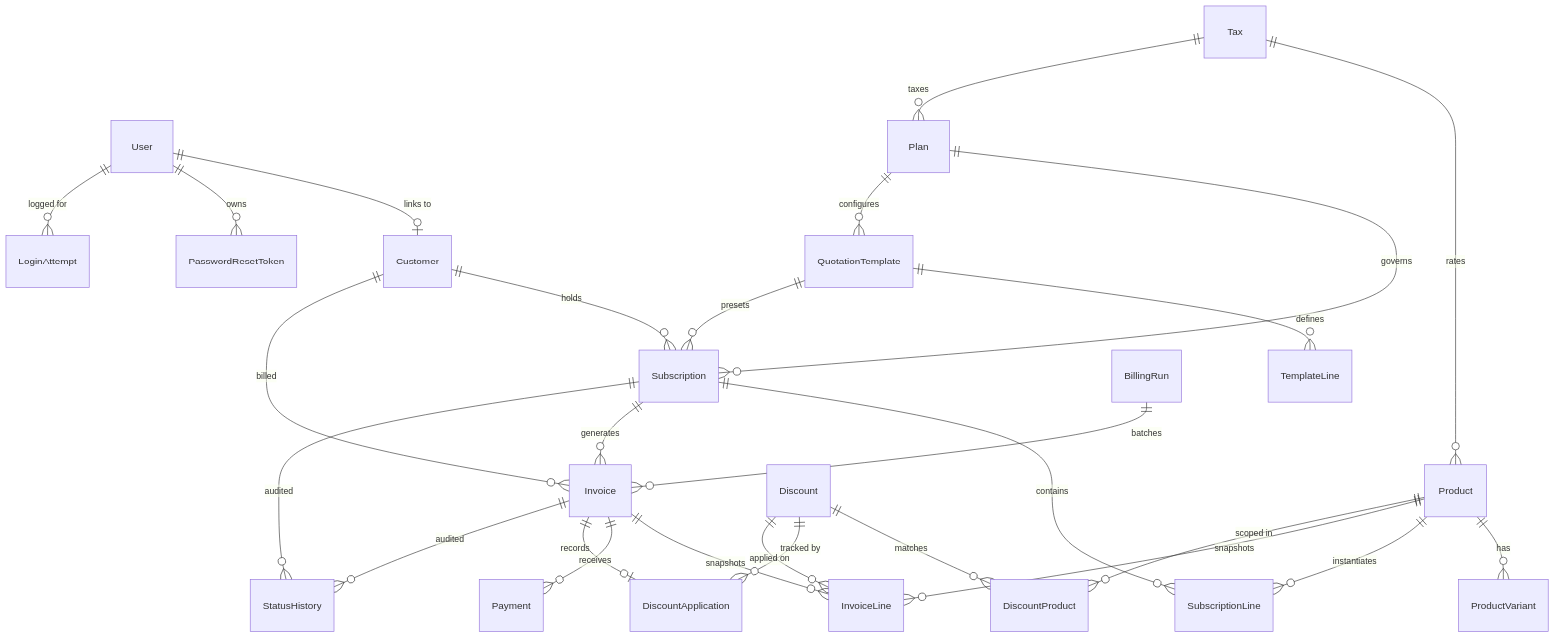
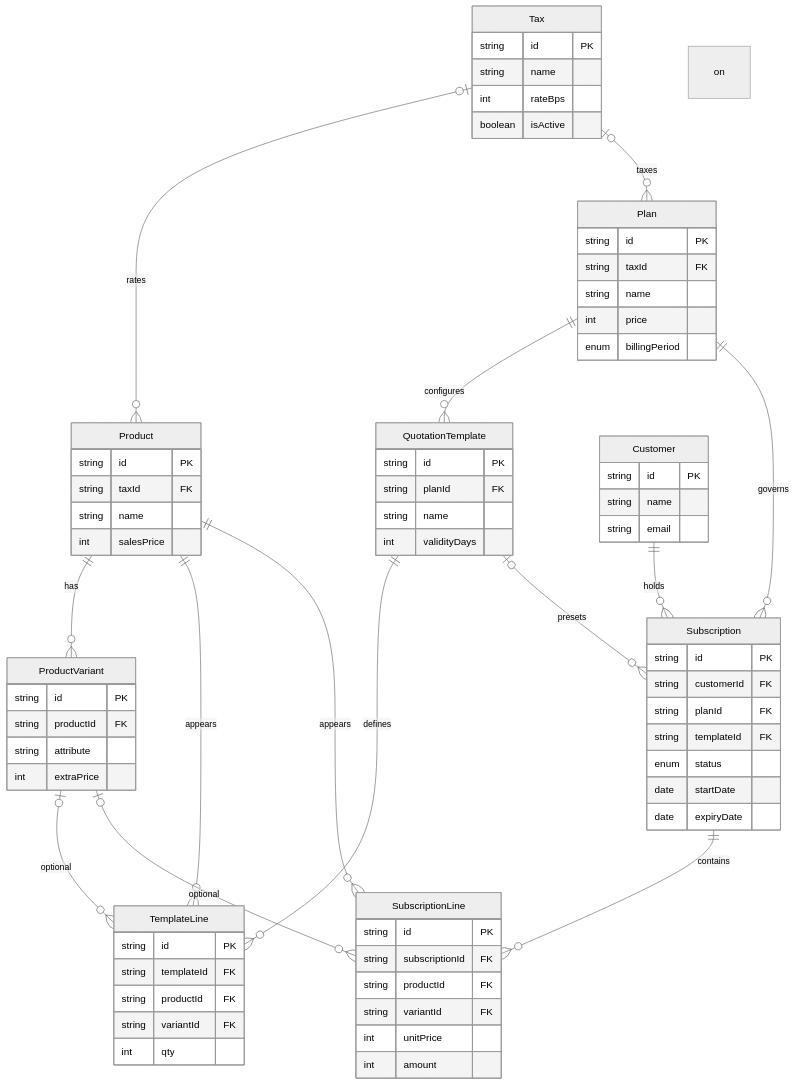
The third of 7 diagrams in README.md (pughal-36/Brightloop), drawn with Mermaid before and after one commit. The commit also changed other lines of this file, not shown here.

Commit message:
docs: rebuild architecture, ER and state diagrams for readability and accuracy

````diff
--- a/README.md
+++ b/README.md
@@ -132,37 +160,78 @@
 ```mermaid
+%%{init: {"theme": "neutral"}}%%
 erDiagram
-    User ||--o| Customer : "links to"
-    User ||--o{ PasswordResetToken : "owns"
-    User ||--o{ LoginAttempt : "logged for"
-    Customer ||--o{ Subscription : "holds"
-    Customer ||--o{ Invoice : "billed"
+    Tax |o--o{ Product : rates
+    Tax |o--o{ Plan : taxes
+    Product ||--o{ ProductVariant : has
+    Product ||--o{ TemplateLine : appears on
+    Product ||--o{ SubscriptionLine : appears on
+    ProductVariant |o--o{ TemplateLine : optional
+    ProductVariant |o--o{ SubscriptionLine : optional
+    Plan ||--o{ QuotationTemplate : configures
+    Plan ||--o{ Subscription : governs
+    QuotationTemplate ||--o{ TemplateLine : defines
+    QuotationTemplate |o--o{ Subscription : presets
+    Customer ||--o{ Subscription : holds
+    Subscription ||--o{ SubscriptionLine : contains
 
-    Tax ||--o{ Product : "rates"
-    Tax ||--o{ Plan : "taxes"
-
-    Product ||--o{ ProductVariant : "has"
-    Product ||--o{ SubscriptionLine : "instantiates"
-    Product ||--o{ InvoiceLine : "snapshots"
-    Product ||--o{ DiscountProduct : "scoped in"
-
-    Plan ||--o{ Subscription : "governs"
-    Plan ||--o{ QuotationTemplate : "configures"
-
-    QuotationTemplate ||--o{ TemplateLine : "defines"
-    QuotationTemplate ||--o{ Subscription : "presets"
-
-    Subscription ||--o{ SubscriptionLine : "contains"
-    Subscription ||--o{ Invoice : "generates"
-    Subscription ||--o{ StatusHistory : "audited"
-
-    Invoice ||--o{ InvoiceLine : "snapshots"
-    Invoice ||--o{ Payment : "receives"
-    Invoice ||--o| DiscountApplication : "records"
-    Invoice ||--o{ StatusHistory : "audited"
-
-    Discount ||--o{ DiscountProduct : "matches"
-    Discount ||--o{ DiscountApplication : "tracked by"
-    Discount ||--o{ InvoiceLine : "applied on"
-
-    BillingRun ||--o{ Invoice : "batches"
+    Tax {
+        string id PK
+        string name
+        int rateBps
+        boolean isActive
+    }
+    Product {
+        string id PK
+        string taxId FK
+        string name
+        int salesPrice
+    }
+    ProductVariant {
+        string id PK
+        string productId FK
+        string attribute
+        int extraPrice
+    }
+    Plan {
+        string id PK
+        string taxId FK
+        string name
+        int price
+        enum billingPeriod
+    }
+    QuotationTemplate {
+        string id PK
+        string planId FK
+        string name
+        int validityDays
+    }
+    TemplateLine {
+        string id PK
+        string templateId FK
+        string productId FK
+        string variantId FK
+        int qty
+    }
+    Customer {
+        string id PK
+        string name
+        string email
+    }
+    Subscription {
+        string id PK
+        string customerId FK
+        string planId FK
+        string templateId FK
+        enum status
+        date startDate
+        date expiryDate
+    }
+    SubscriptionLine {
+        string id PK
+        string subscriptionId FK
+        string productId FK
+        string variantId FK
+        int unitPrice
+        int amount
+    }
 ```
````
